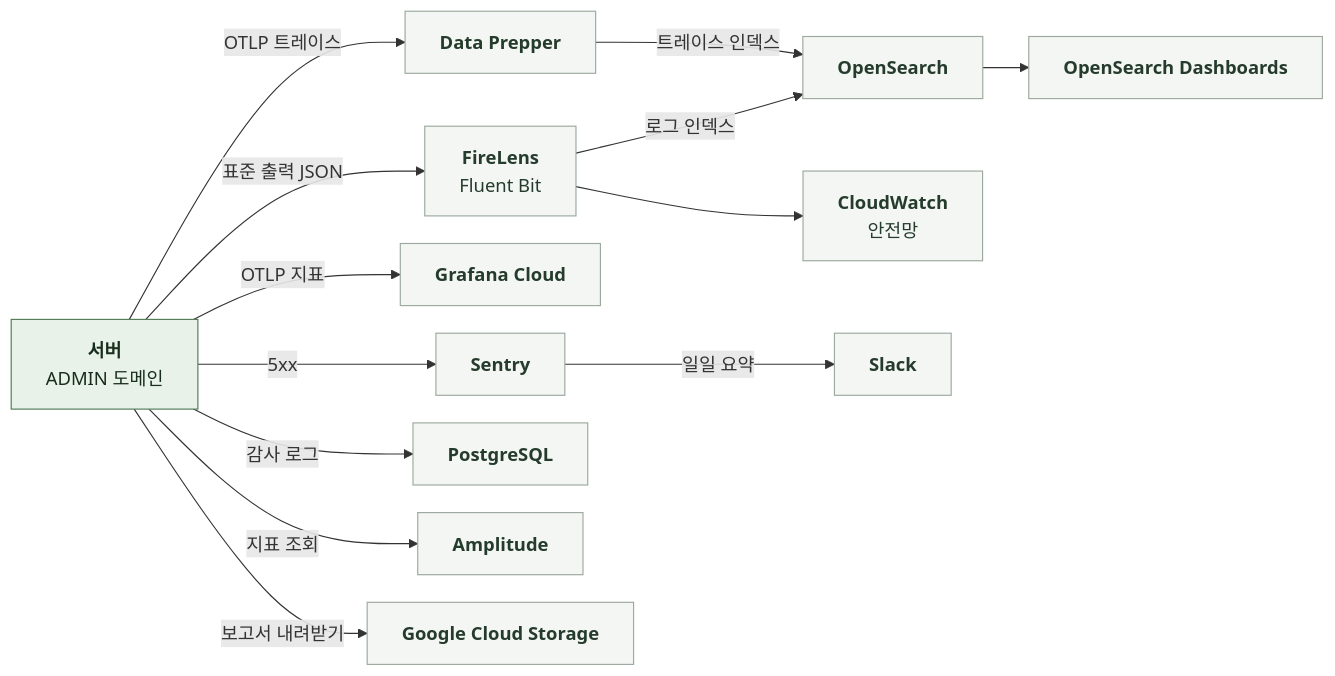
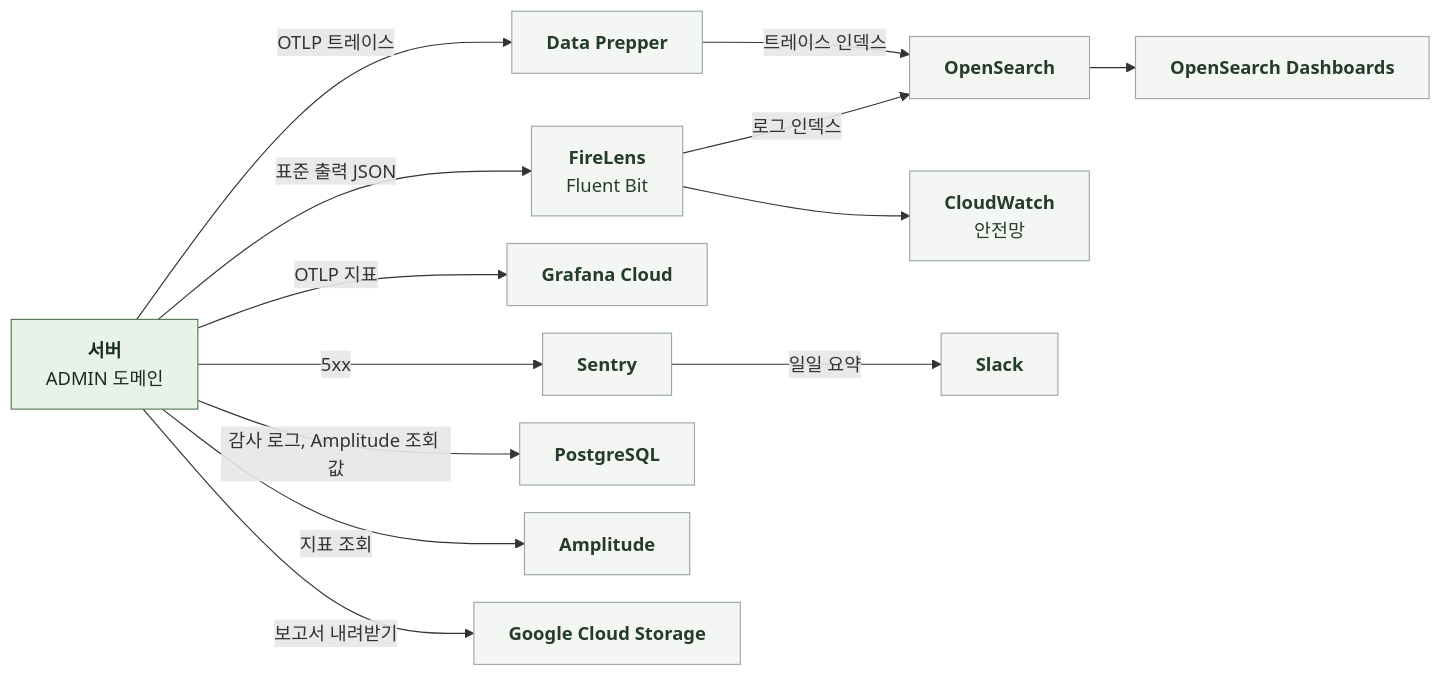
The diagram in docs/domain/ADMIN/BACKEND/5-4-OBSERVABILITY.md (KIM-N-KANG/knk-harness), drawn with Mermaid before and after one commit. The commit also changed other lines of this file and 12 other files, not shown here.

````diff
--- a/docs/domain/ADMIN/BACKEND/5-4-OBSERVABILITY.md
+++ b/docs/domain/ADMIN/BACKEND/5-4-OBSERVABILITY.md
@@ -11,24 +11,24 @@
 ```mermaid
 %%{init: {"flowchart": {"curve": "basis", "nodeSpacing": 24, "rankSpacing": 40}}}%%
 flowchart LR
     S["`**서버**
 ADMIN 도메인`"]
     S -->|표준 출력 JSON| F["`**FireLens**
 Fluent Bit`"]
     F -->|로그 인덱스| OS["`**OpenSearch**`"]
     F --> CW["`**CloudWatch**
 안전망`"]
     S -->|OTLP 트레이스| DP["`**Data Prepper**`"]
     DP -->|트레이스 인덱스| OS
     OS --> OD["`**OpenSearch Dashboards**`"]
     S -->|OTLP 지표| G["`**Grafana Cloud**`"]
     S -->|5xx| SE["`**Sentry**`"]
     SE -->|일일 요약| SL["`**Slack**`"]
-    S -->|감사 로그| DB["`**PostgreSQL**`"]
+    S -->|감사 로그, Amplitude 조회 값| DB["`**PostgreSQL**`"]
     S -->|지표 조회| AM["`**Amplitude**`"]
     S -->|보고서 내려받기| GCS["`**Google Cloud Storage**`"]
     classDef comp fill:#E8F2E8,stroke:#527A59,color:#182D1D
     classDef ext fill:#F4F6F4,stroke:#9BA99E,color:#253C2C
     class S comp
     class F,OS,CW,DP,OD,G,SE,SL,DB,AM,GCS ext
 ```
````
